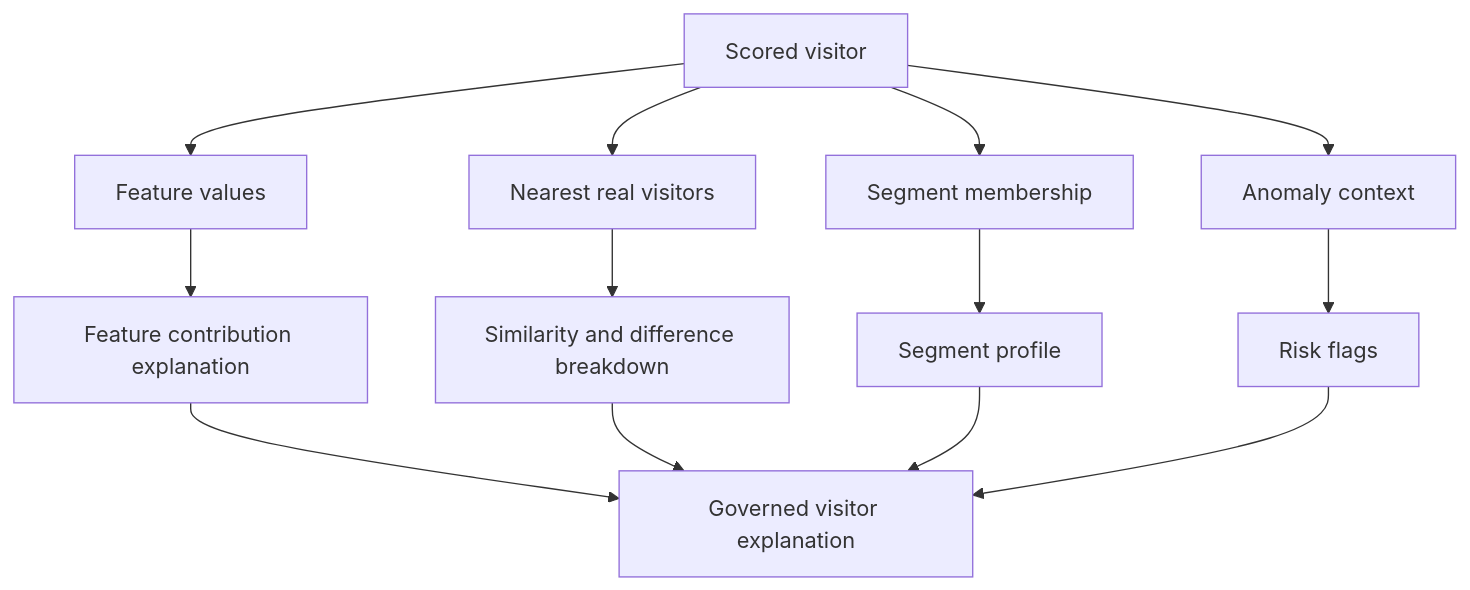
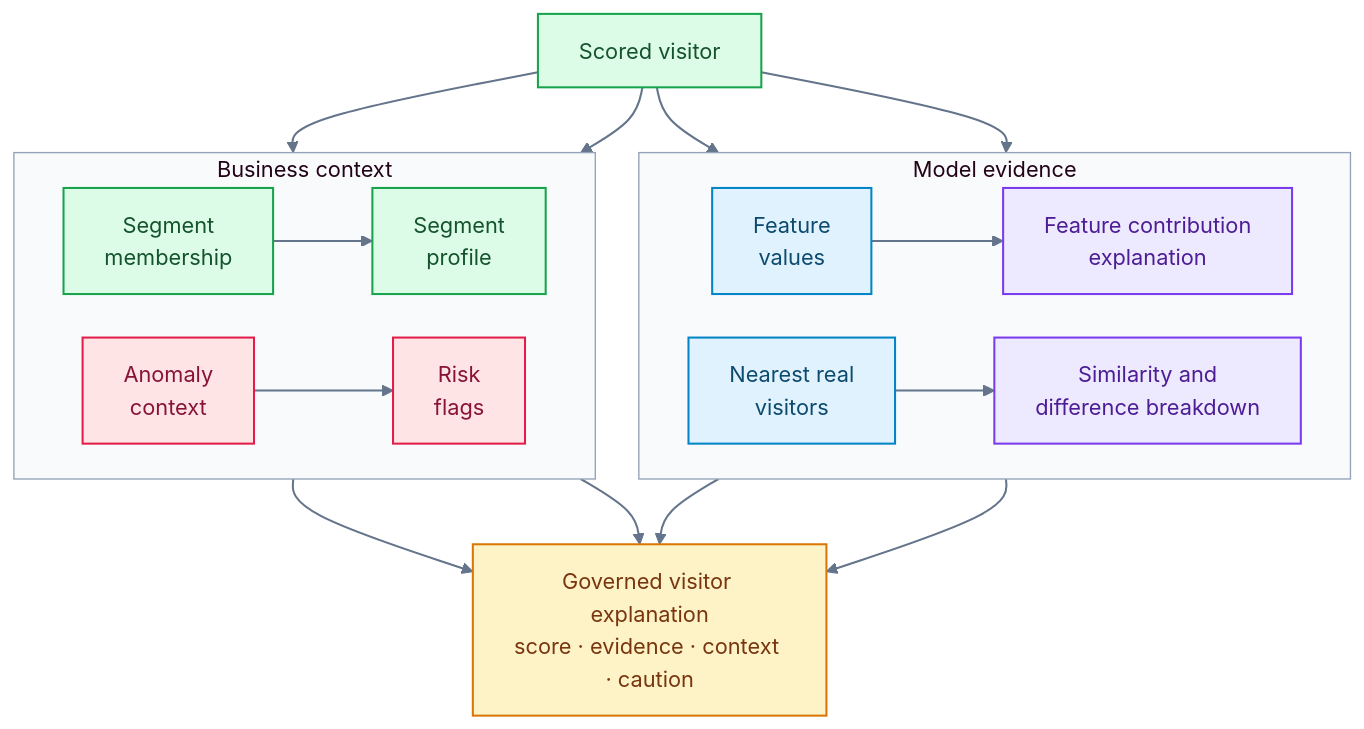
The seventh of 15 diagrams in README.md (RuturajM31/E-Commerce-Conversion-Intelligence-Platform), drawn with Mermaid before and after one commit. The commit also changed other lines of this file, not shown here.

Commit message:
docs: polish README diagrams and visual design

````diff
--- a/README.md
+++ b/README.md
@@ -386,17 +491,37 @@
 ```mermaid
+%%{init: {"theme":"base","flowchart":{"curve":"basis","htmlLabels":true,"nodeSpacing":32,"rankSpacing":48},"themeVariables":{"fontFamily":"Inter,Segoe UI,Arial,sans-serif","fontSize":"16px","primaryColor":"#E0F2FE","primaryTextColor":"#0F172A","primaryBorderColor":"#0284C7","lineColor":"#64748B","secondaryColor":"#EDE9FE","tertiaryColor":"#DCFCE7","clusterBkg":"#F8FAFC","clusterBorder":"#94A3B8","edgeLabelBackground":"#FFFFFF"}}}%%
 flowchart TB
-    A["Scored visitor"] --> B["Feature values"]
-    A --> C["Nearest real visitors"]
-    A --> D["Segment membership"]
-    A --> E["Anomaly context"]
+    A["Scored visitor"]:::business
 
-    B --> F["Feature contribution explanation"]
-    C --> G["Similarity and difference breakdown"]
-    D --> H["Segment profile"]
-    E --> I["Risk flags"]
+    subgraph MODEL["Model evidence"]
+        direction LR
+        B["Feature<br/>values"]:::data --> F["Feature contribution<br/>explanation"]:::ml
+        C["Nearest real<br/>visitors"]:::data --> G["Similarity and<br/>difference breakdown"]:::ml
+    end
 
-    F --> J["Governed visitor explanation"]
+    subgraph CONTEXT["Business context"]
+        direction LR
+        D["Segment<br/>membership"]:::business --> H["Segment<br/>profile"]:::business
+        E["Anomaly<br/>context"]:::monitor --> I["Risk<br/>flags"]:::monitor
+    end
+
+    J["Governed visitor explanation<br/>score · evidence · context · caution"]:::decision
+
+    A --> B
+    A --> C
+    A --> D
+    A --> E
+    F --> J
     G --> J
     H --> J
     I --> J
+
+classDef data fill:#E0F2FE,stroke:#0284C7,color:#0C4A6E,stroke-width:1.5px;
+    classDef ml fill:#EDE9FE,stroke:#7C3AED,color:#4C1D95,stroke-width:1.5px;
+    classDef business fill:#DCFCE7,stroke:#16A34A,color:#14532D,stroke-width:1.5px;
+    classDef ops fill:#FFEDD5,stroke:#EA580C,color:#7C2D12,stroke-width:1.5px;
+    classDef monitor fill:#FFE4E6,stroke:#E11D48,color:#881337,stroke-width:1.5px;
+    classDef platform fill:#F1F5F9,stroke:#64748B,color:#1E293B,stroke-width:1.5px;
+    classDef decision fill:#FEF3C7,stroke:#D97706,color:#78350F,stroke-width:1.5px;
+    linkStyle default stroke:#64748B,stroke-width:1.5px;
 ```
````
